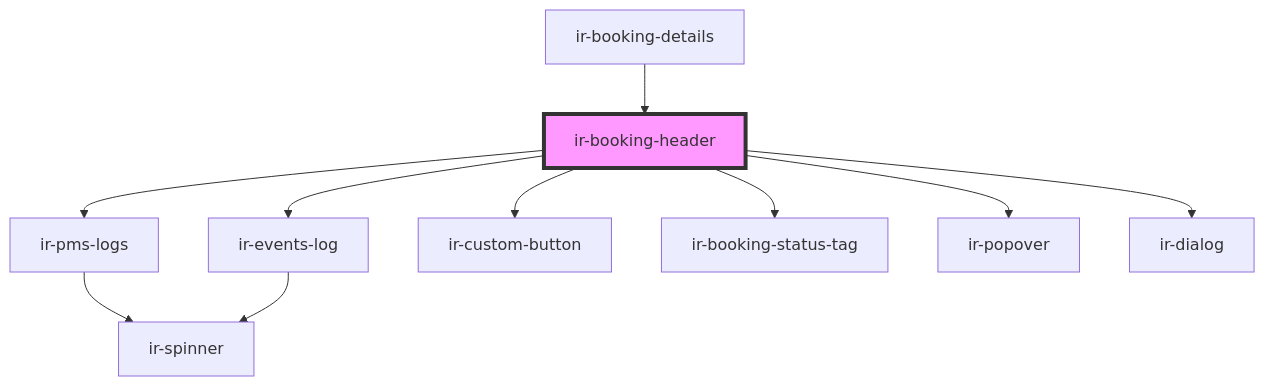
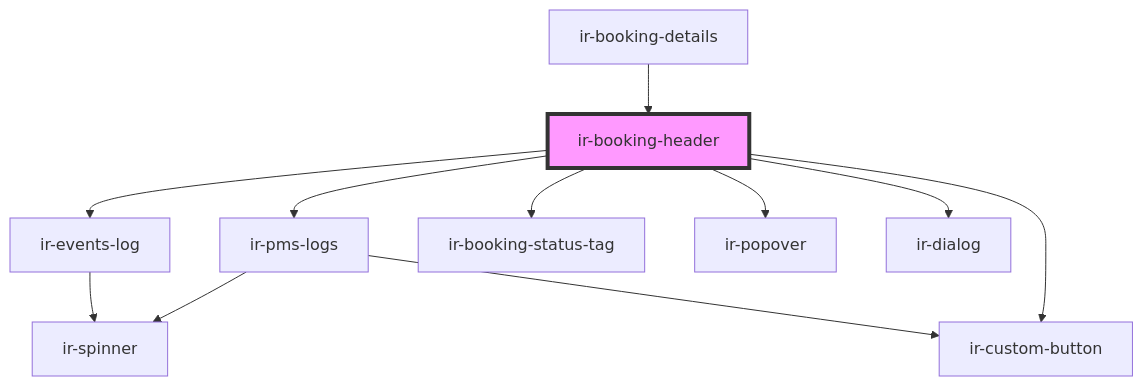
Before and after one commit to RonyRizk/ir-webcmp: the diagram in src/components/ir-booking-details/ir-booking-header/readme.md, drawn with Mermaid. The commit also changed 235 other files, not shown here.

````diff
--- a/src/components/ir-booking-details/ir-booking-header/readme.md
+++ b/src/components/ir-booking-details/ir-booking-header/readme.md
@@ -47,13 +47,14 @@
 ```mermaid
 graph TD;
   ir-booking-header --> ir-pms-logs
   ir-booking-header --> ir-events-log
   ir-booking-header --> ir-custom-button
   ir-booking-header --> ir-booking-status-tag
   ir-booking-header --> ir-popover
   ir-booking-header --> ir-dialog
   ir-pms-logs --> ir-spinner
+  ir-pms-logs --> ir-custom-button
   ir-events-log --> ir-spinner
   ir-booking-details --> ir-booking-header
   style ir-booking-header fill:#f9f,stroke:#333,stroke-width:4px
 ```
````
